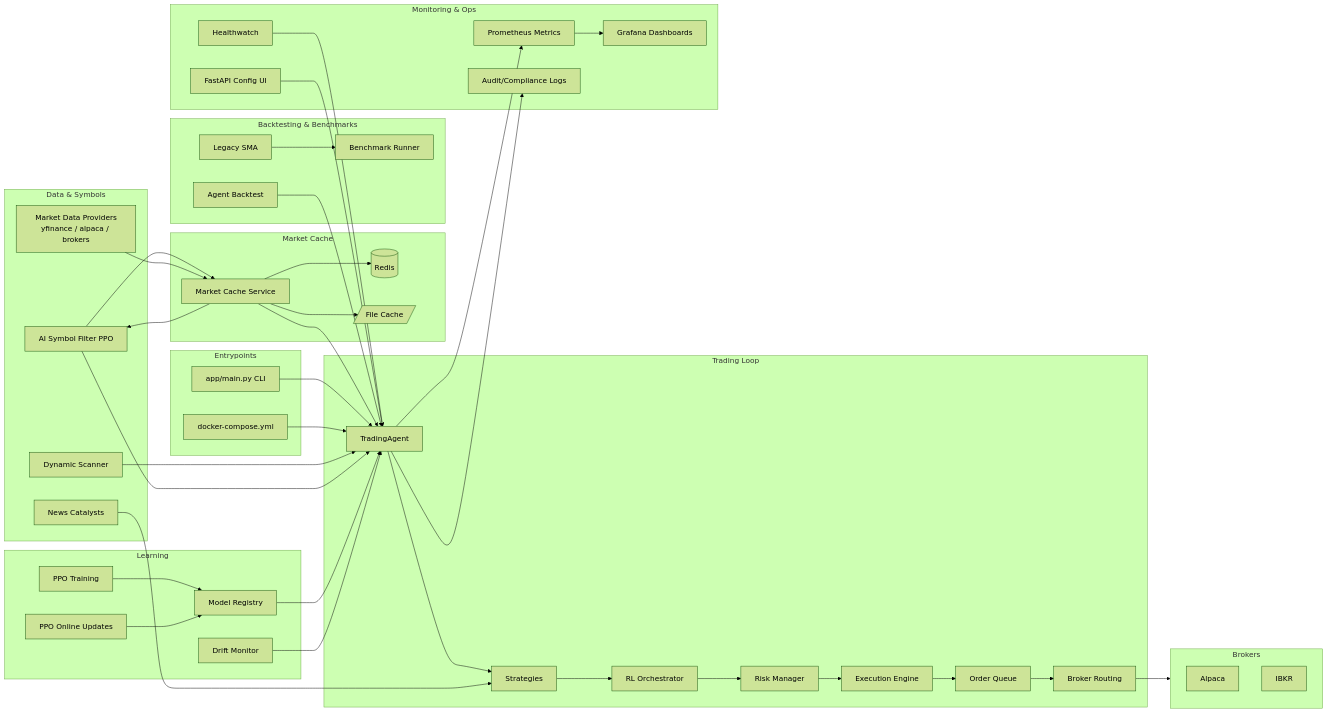
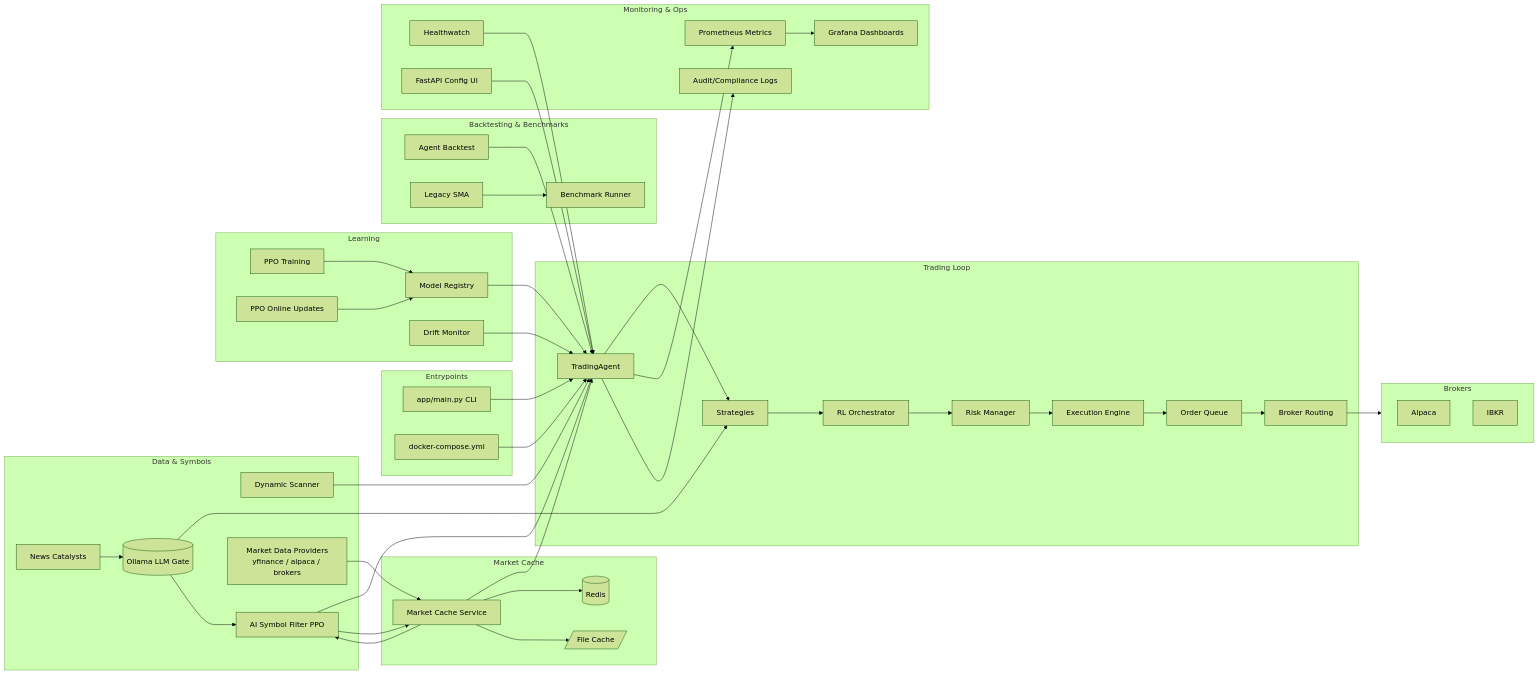
The diagram in docs/system_map.md (ilfrick/Fricktrade), drawn with Mermaid (forest theme) before and after one commit. The commit also changed other lines of this file and 9 other files, not shown here.

First line of the commit message:
docs: Update documentation and Mermaid diagrams

````diff
--- a/docs/system_map.md
+++ b/docs/system_map.md
@@ -8,71 +8,73 @@
 ```mermaid
 flowchart LR
     subgraph Entry[Entrypoints]
         CLI[app/main.py CLI]
         Compose[docker-compose.yml]
     end
     subgraph Core[Trading Loop]
         Trader[TradingAgent]
         Strategies[Strategies]
         Orchestrator[RL Orchestrator]
         Risk[Risk Manager]
         Exec[Execution Engine]
         Queue[Order Queue]
         Routing[Broker Routing]
     end
     subgraph Data[Data & Symbols]
         Scanner[Dynamic Scanner]
         AIFilter[AI Symbol Filter PPO]
         News[News Catalysts]
+        Ollama[(Ollama LLM Gate)]
         MarketData[Market Data Providers<br/>yfinance / alpaca / brokers]
     end
     subgraph Cache[Market Cache]
         MarketCache[Market Cache Service]
         Redis[(Redis)]
         FileCache[/File Cache/]
     end
     subgraph Learning[Learning]
         RLTrain[PPO Training]
         RLOnline[PPO Online Updates]
         Registry[Model Registry]
         Drift[Drift Monitor]
     end
     subgraph Backtest[Backtesting & Benchmarks]
         AgentBT[Agent Backtest]
         LegacyBT[Legacy SMA]
         Bench[Benchmark Runner]
     end
     subgraph Observability[Monitoring & Ops]
         Metrics[Prometheus Metrics]
         Grafana[Grafana Dashboards]
         Healthwatch[Healthwatch]
         Audit[Audit/Compliance Logs]
         API[FastAPI Config UI]
     end
     subgraph Brokers[Brokers]
         Alpaca[Alpaca]
         IBKR[IBKR]
     end
 
     CLI --> Trader
     Compose --> Trader
     Trader --> Strategies --> Orchestrator --> Risk --> Exec --> Queue --> Routing --> Brokers
     Scanner --> Trader
     AIFilter --> Trader
     AIFilter --> MarketCache
-    News --> Strategies
+    News --> Ollama --> Strategies
+    Ollama --> AIFilter
     MarketData --> MarketCache
     MarketCache --> Trader
     MarketCache --> AIFilter
     MarketCache --> Redis
     MarketCache --> FileCache
     RLTrain --> Registry --> Trader
     RLOnline --> Registry
     Drift --> Trader
     Trader --> Metrics --> Grafana
     Healthwatch --> Trader
     Trader --> Audit
     API --> Trader
     AgentBT --> Trader
     LegacyBT --> Bench
 ```
````
